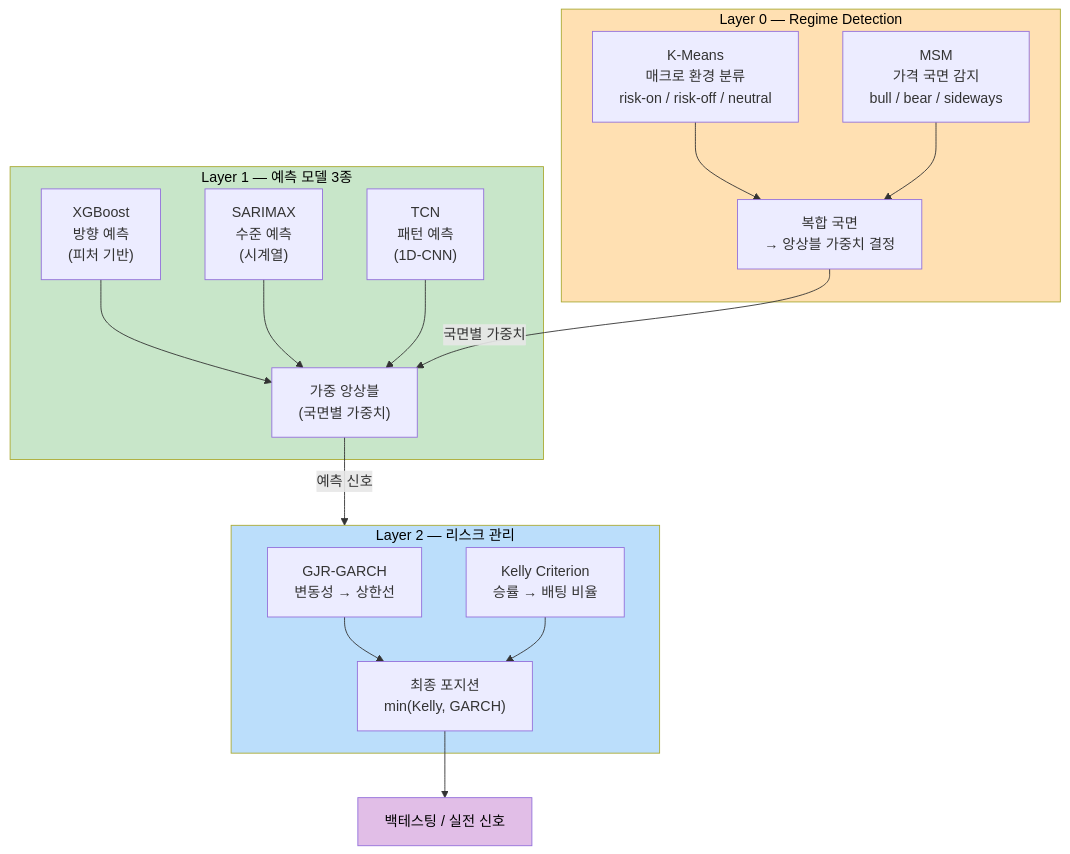
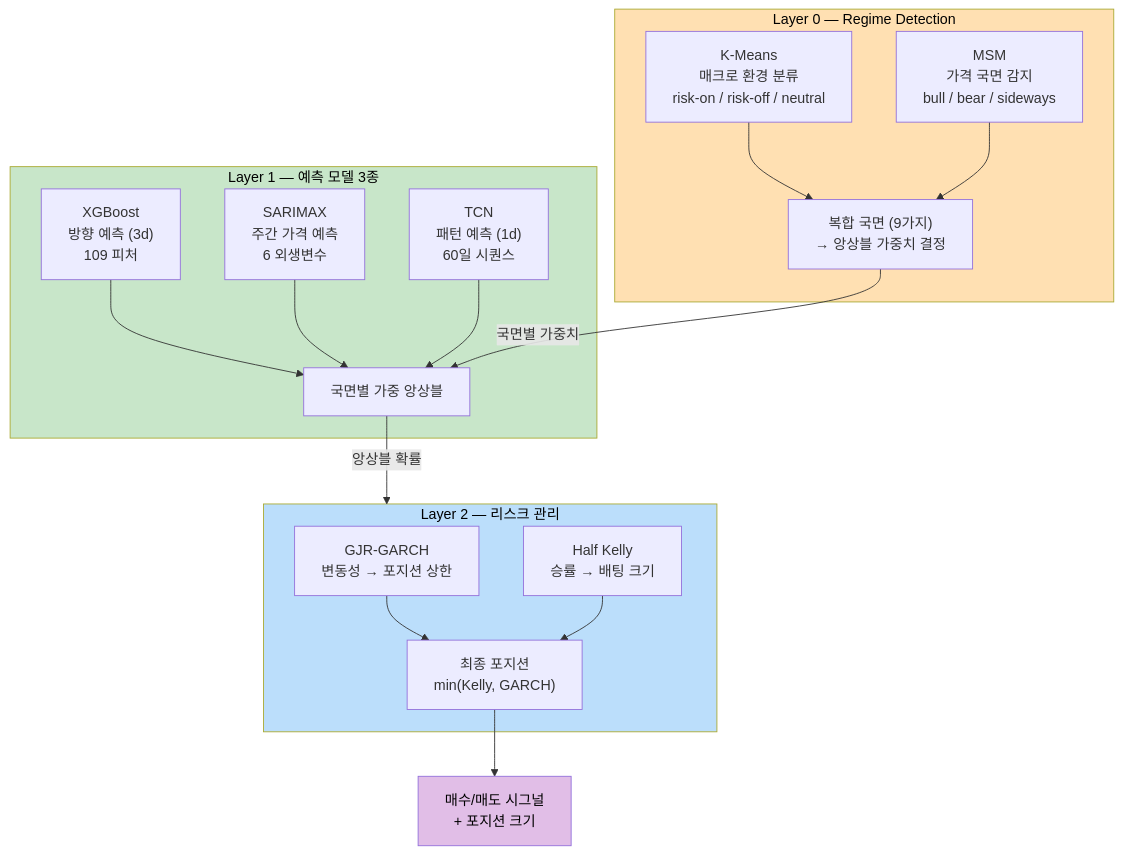
The sixth of 6 diagrams in README.md (sangpiri/ANTenna), drawn with Mermaid before and after one commit. The commit also changed other lines of this file, not shown here.

````diff
--- a/README.md
+++ b/README.md
@@ -691,34 +708,34 @@
 ```mermaid
 graph TB
     subgraph L0["Layer 0 — Regime Detection"]
         KMeans["K-Means<br/>매크로 환경 분류<br/>risk-on / risk-off / neutral"]
         MSM["MSM<br/>가격 국면 감지<br/>bull / bear / sideways"]
-        KMeans --> Combined["복합 국면<br/>→ 앙상블 가중치 결정"]
+        KMeans --> Combined["복합 국면 (9가지)<br/>→ 앙상블 가중치 결정"]
         MSM --> Combined
     end
 
     subgraph L1["Layer 1 — 예측 모델 3종"]
-        XGB["XGBoost<br/>방향 예측<br/>(피처 기반)"]
-        SARIMAX["SARIMAX<br/>수준 예측<br/>(시계열)"]
-        TCN["TCN<br/>패턴 예측<br/>(1D-CNN)"]
-        XGB --> Ensemble["가중 앙상블<br/>(국면별 가중치)"]
+        XGB["XGBoost<br/>방향 예측 (3d)<br/>109 피처"]
+        SARIMAX["SARIMAX<br/>주간 가격 예측<br/>6 외생변수"]
+        TCN["TCN<br/>패턴 예측 (1d)<br/>60일 시퀀스"]
+        XGB --> Ensemble["국면별 가중 앙상블"]
         SARIMAX --> Ensemble
         TCN --> Ensemble
     end
 
     subgraph L2["Layer 2 — 리스크 관리"]
-        GARCH["GJR-GARCH<br/>변동성 → 상한선"]
-        Kelly["Kelly Criterion<br/>승률 → 배팅 비율"]
+        GARCH["GJR-GARCH<br/>변동성 → 포지션 상한"]
+        Kelly["Half Kelly<br/>승률 → 배팅 크기"]
         GARCH --> Final["최종 포지션<br/>min(Kelly, GARCH)"]
         Kelly --> Final
     end
 
     Combined -->|"국면별 가중치"| Ensemble
-    Ensemble -->|"예측 신호"| L2
-    Final --> Output["백테스팅 / 실전 신호"]
+    Ensemble -->|"앙상블 확률"| L2
+    Final --> Output["매수/매도 시그널<br/>+ 포지션 크기"]
 
     style L0 fill:#FFE0B2,color:#000
     style L1 fill:#C8E6C9,color:#000
     style L2 fill:#BBDEFB,color:#000
     style Output fill:#E1BEE7,color:#000
 ```
````
